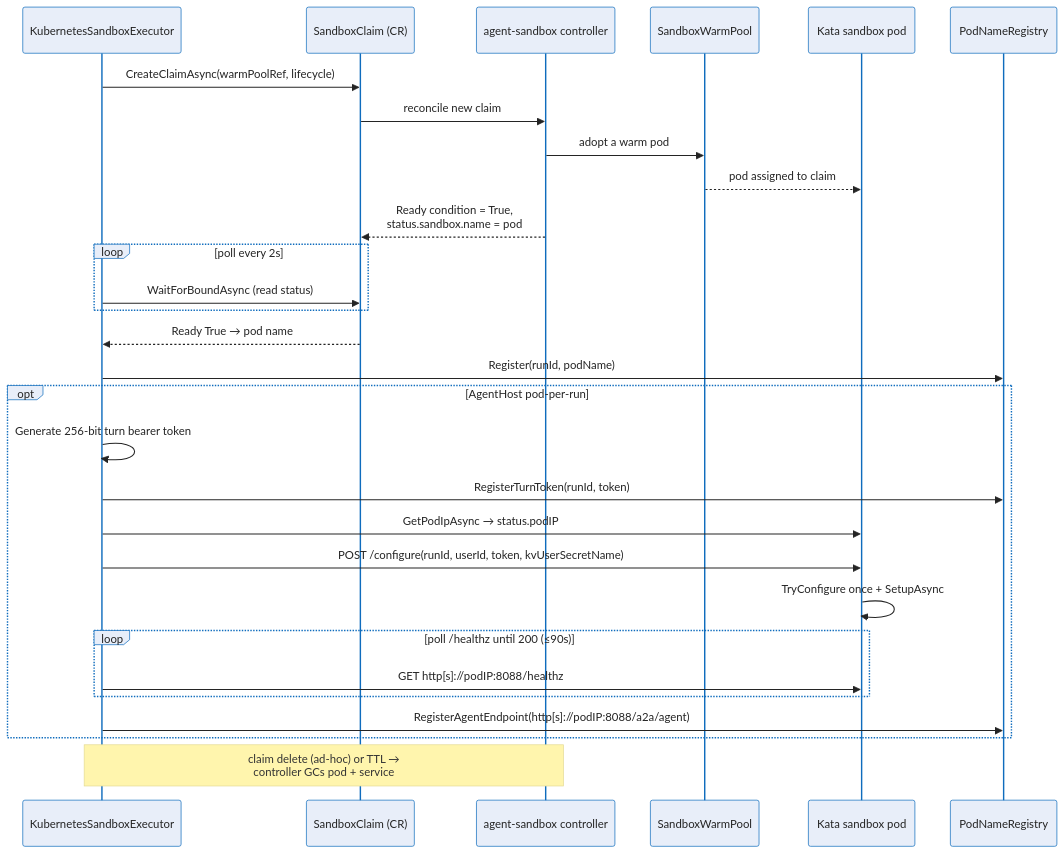
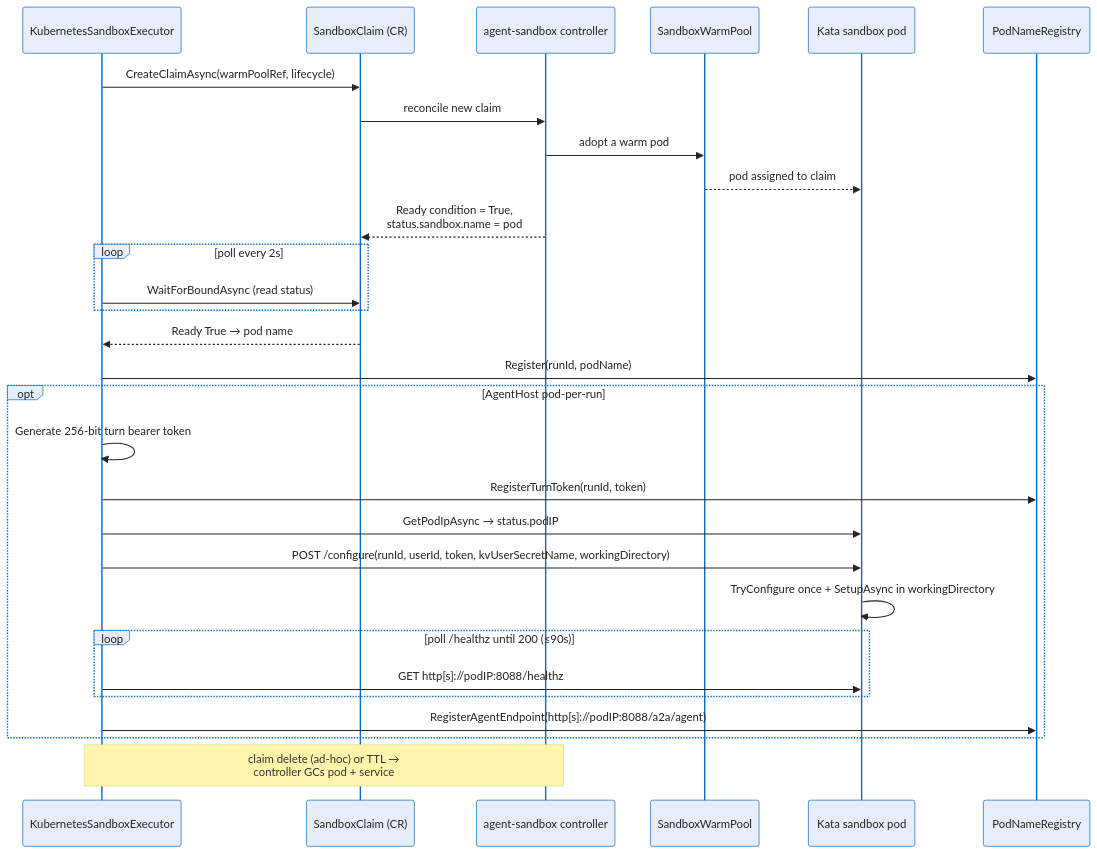
One commit to sabbour/agentweaver changed the fourth of 6 diagrams in docs/deep-dive/sandbox-pod-execution.md. Above: the diagram before and after it, drawn with Mermaid. The commit also changed other lines of this file and 7 other files, not shown here.

Commit message:
docs: document per-run workingDirectory delivery via /configure

````diff
--- a/docs/deep-dive/sandbox-pod-execution.md
+++ b/docs/deep-dive/sandbox-pod-execution.md
@@ -238,32 +238,32 @@
 ```mermaid
 %%{init: {'theme':'base','themeVariables':{'fontFamily':'Segoe UI, system-ui, -apple-system, sans-serif','fontSize':'15px','primaryColor':'#E8EEF9','primaryBorderColor':'#0F6CBD','primaryTextColor':'#242424','lineColor':'#605E5C','clusterBkg':'#FAF9F8','clusterBorder':'#D2D0CE','edgeLabelBackground':'#FFFFFF'}}}%%
 sequenceDiagram
     participant Exec as KubernetesSandboxExecutor
     participant Claim as SandboxClaim (CR)
     participant Ctrl as agent-sandbox controller
     participant Pool as SandboxWarmPool
     participant Pod as Kata sandbox pod
     participant Reg as PodNameRegistry
     Exec->>Claim: CreateClaimAsync(warmPoolRef, lifecycle)
     Claim->>Ctrl: reconcile new claim
     Ctrl->>Pool: adopt a warm pod
     Pool-->>Pod: pod assigned to claim
     Ctrl-->>Claim: Ready condition = True,<br/>status.sandbox.name = pod
     loop poll every 2s
         Exec->>Claim: WaitForBoundAsync (read status)
     end
     Claim-->>Exec: Ready True → pod name
     Exec->>Reg: Register(runId, podName)
     opt AgentHost pod-per-run
         Exec->>Exec: Generate 256-bit turn bearer token
         Exec->>Reg: RegisterTurnToken(runId, token)
         Exec->>Pod: GetPodIpAsync → status.podIP
-        Exec->>Pod: POST /configure(runId, userId, token, kvUserSecretName)
-        Pod->>Pod: TryConfigure once + SetupAsync
+        Exec->>Pod: POST /configure(runId, userId, token, kvUserSecretName, workingDirectory)
+        Pod->>Pod: TryConfigure once + SetupAsync in workingDirectory
         loop poll /healthz until 200 (≤90s)
             Exec->>Pod: GET http[s]://podIP:8088/healthz
         end
         Exec->>Reg: RegisterAgentEndpoint(http[s]://podIP:8088/a2a/agent)
     end
     Note over Exec,Ctrl: claim delete (ad-hoc) or TTL →<br/>controller GCs pod + service
 ```
````
